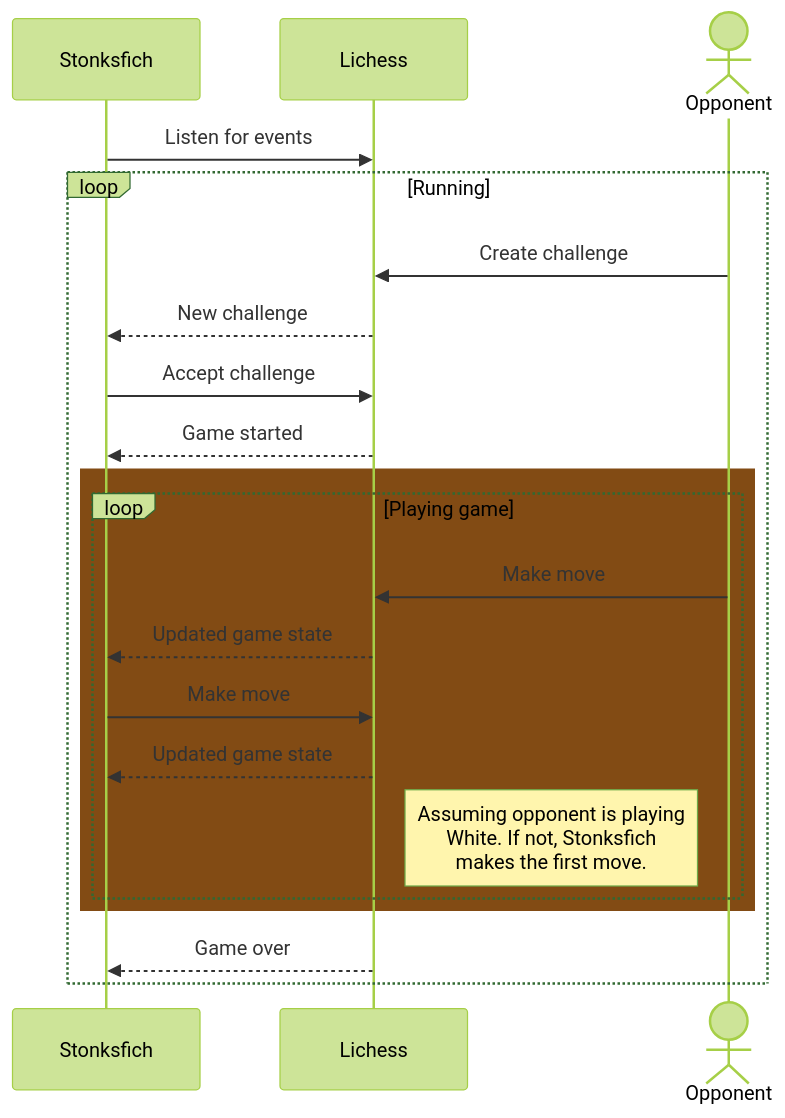
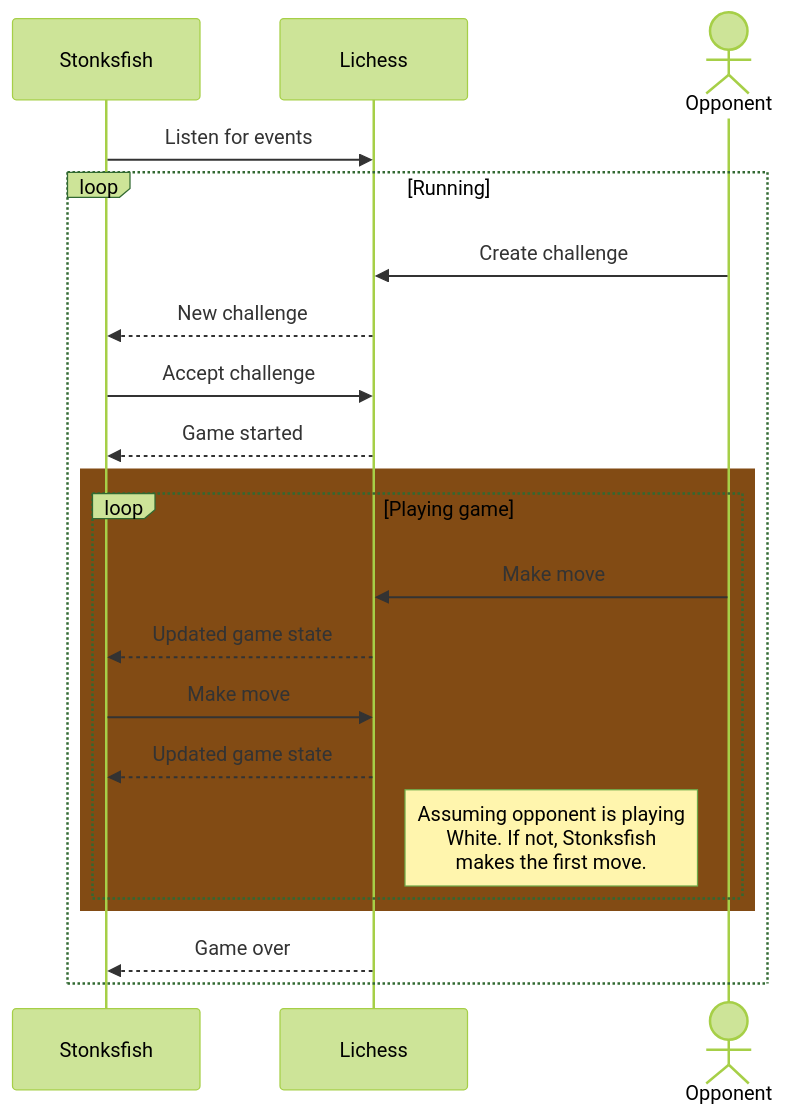
The diagram in README.md (clauswrm/stonksfich), drawn with Mermaid (forest theme) before and after one commit. The commit also changed other lines of this file and 4 other files, not shown here.

````diff
--- a/README.md
+++ b/README.md
@@ -21,23 +21,23 @@
 ```mermaid
 sequenceDiagram
-    participant Stonksfich
+    participant Stonksfish
     participant Lichess
     actor Opponent
-    Stonksfich->>Lichess: Listen for events
+    Stonksfish->>Lichess: Listen for events
     loop Running
         Opponent->>Lichess: Create challenge
-        Lichess-->>Stonksfich: New challenge
-        Stonksfich->>Lichess: Accept challenge
-        Lichess-->>Stonksfich: Game started
+        Lichess-->>Stonksfish: New challenge
+        Stonksfish->>Lichess: Accept challenge
+        Lichess-->>Stonksfish: Game started
         rect rgb(130, 75, 20)
             loop Playing game
                 Opponent->>Lichess: Make move
-                Lichess-->>Stonksfich: Updated game state
-                Stonksfich->>Lichess: Make move
-                Lichess-->>Stonksfich: Updated game state
-                Note right of Lichess: Assuming opponent is playing <br> White. If not, Stonksfich <br> makes the first move.
+                Lichess-->>Stonksfish: Updated game state
+                Stonksfish->>Lichess: Make move
+                Lichess-->>Stonksfish: Updated game state
+                Note right of Lichess: Assuming opponent is playing <br> White. If not, Stonksfish <br> makes the first move.
             end
         end
-        Lichess-->>Stonksfich: Game over
+        Lichess-->>Stonksfish: Game over
     end
 ```
````
